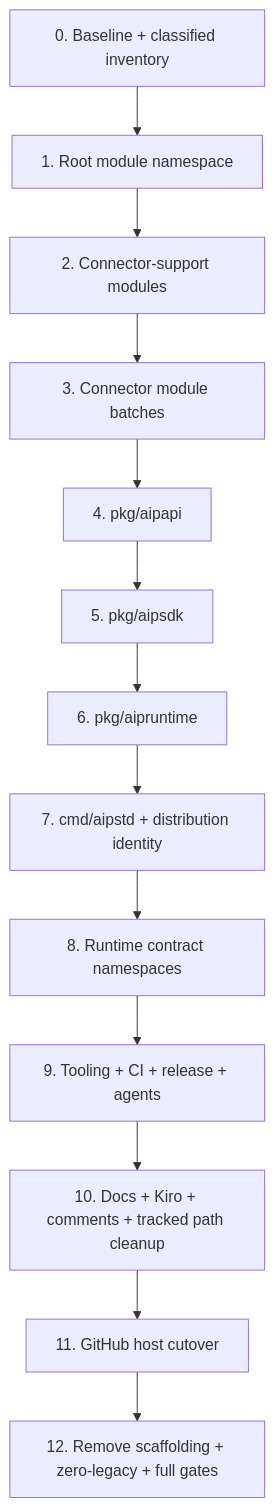
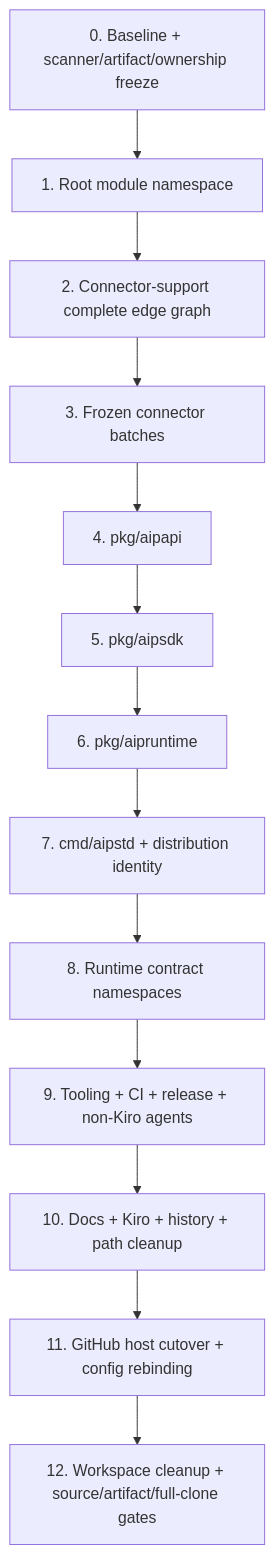
Before and after one commit to matdev83/go-llm-interactive-proxy: the first of 5 diagrams in .kiro/specs/aiproxer-complete-rebranding/design.md, drawn with Mermaid. The commit also changed other lines of this file, not shown here.

````diff
--- a/.kiro/specs/aiproxer-complete-rebranding/design.md
+++ b/.kiro/specs/aiproxer-complete-rebranding/design.md
@@ -89,15 +97,15 @@
 ```mermaid
 flowchart TD
-    B[0. Baseline + classified inventory] --> M[1. Root module namespace]
-    M --> S[2. Connector-support modules]
-    S --> C[3. Connector module batches]
+    B[0. Baseline + scanner/artifact/ownership freeze] --> M[1. Root module namespace]
+    M --> S[2. Connector-support complete edge graph]
+    S --> C[3. Frozen connector batches]
     C --> API[4. pkg/aipapi]
     API --> SDK[5. pkg/aipsdk]
     SDK --> RT[6. pkg/aipruntime]
     RT --> STD[7. cmd/aipstd + distribution identity]
     STD --> RC[8. Runtime contract namespaces]
-    RC --> TOOL[9. Tooling + CI + release + agents]
-    TOOL --> DOC[10. Docs + Kiro + comments + tracked path cleanup]
-    DOC --> HOST[11. GitHub host cutover]
-    HOST --> FINAL[12. Remove scaffolding + zero-legacy + full gates]
+    RC --> TOOL[9. Tooling + CI + release + non-Kiro agents]
+    TOOL --> DOC[10. Docs + Kiro + history + path cleanup]
+    DOC --> HOST[11. GitHub host cutover + config rebinding]
+    HOST --> FINAL[12. Workspace cleanup + source/artifact/full-clone gates]
 ```
````
